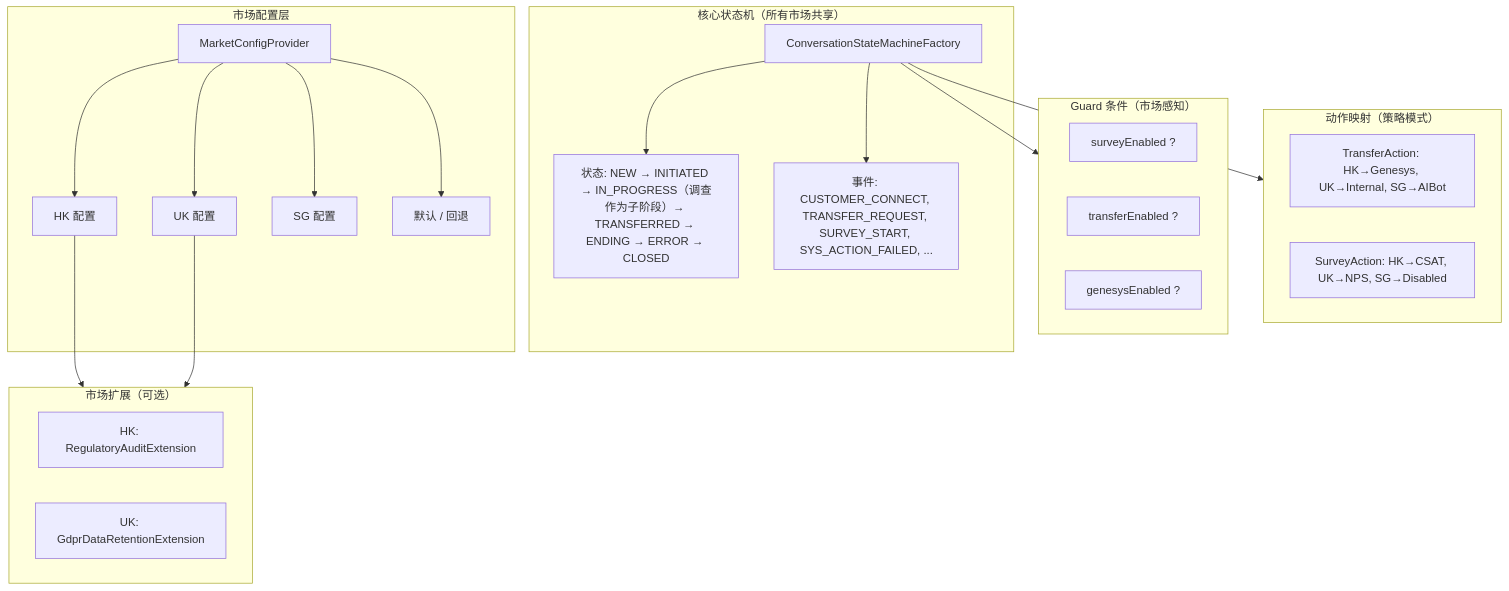
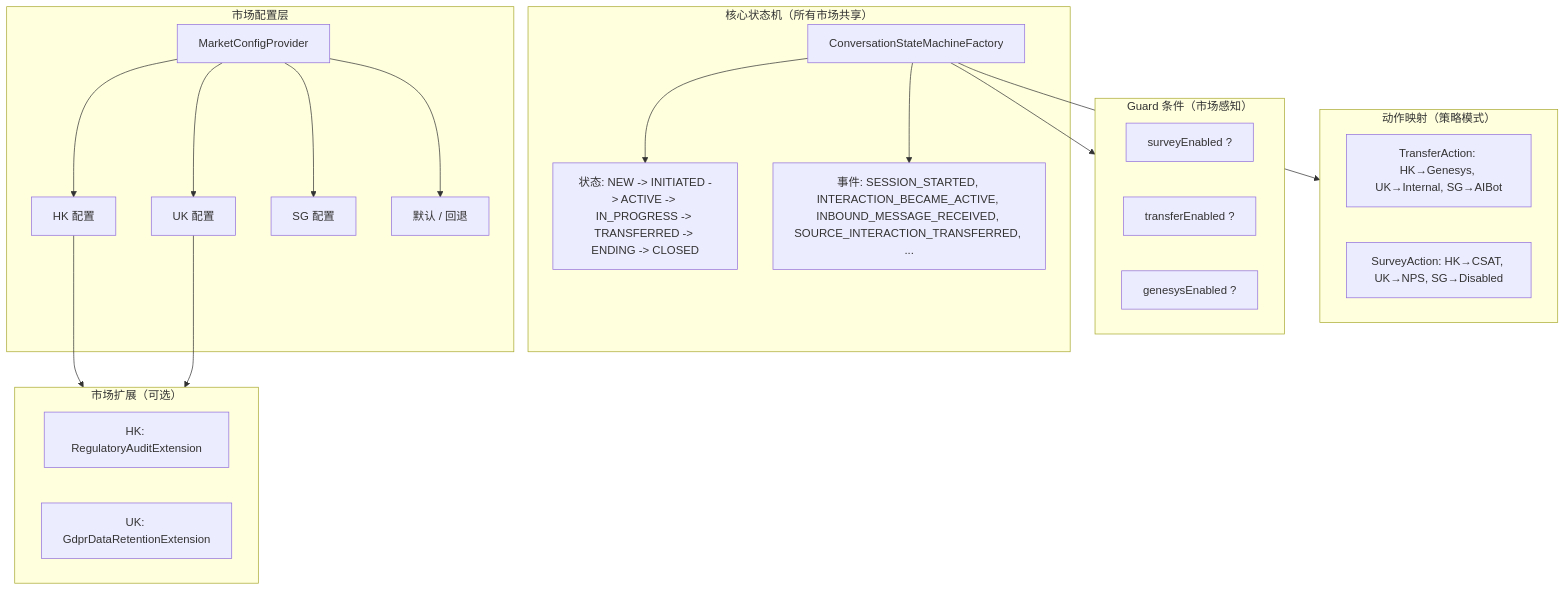
One commit to huangzhiqiu/ai-knowledge-design changed the diagram in 08-Code/state-machine/docs/zh/06-Multi-Market-Design.md. Above: the diagram before and after it, drawn with Mermaid. The commit also changed other lines of this file and 2 other files, not shown here.

````diff
--- a/08-Code/state-machine/docs/zh/06-Multi-Market-Design.md
+++ b/08-Code/state-machine/docs/zh/06-Multi-Market-Design.md
@@ -93,43 +93,43 @@
 ```mermaid
 flowchart TB
     subgraph Core["核心状态机（所有市场共享）"]
         SM[ConversationStateMachineFactory]
-        STATES[状态: NEW → INITIATED → IN_PROGRESS（调查作为子阶段）→ TRANSFERRED → ENDING → ERROR → CLOSED]
-        EVENTS[事件: CUSTOMER_CONNECT, TRANSFER_REQUEST, SURVEY_START, SYS_ACTION_FAILED, ...]
+        STATES[状态: NEW -&gt; INITIATED -&gt; ACTIVE -&gt; IN_PROGRESS -&gt; TRANSFERRED -&gt; ENDING -&gt; CLOSED]
+        EVENTS[事件: SESSION_STARTED, INTERACTION_BECAME_ACTIVE, INBOUND_MESSAGE_RECEIVED, SOURCE_INTERACTION_TRANSFERRED, ...]
     end
 
     subgraph Config["市场配置层"]
         PROVIDER[MarketConfigProvider]
         HK[HK 配置]
         UK[UK 配置]
         SG[SG 配置]
         DEFAULT[默认 / 回退]
     end
 
     subgraph Guards["Guard 条件（市场感知）"]
         G1[surveyEnabled ?]
         G2[transferEnabled ?]
         G3[genesysEnabled ?]
     end
 
     subgraph Actions["动作映射（策略模式）"]
         A1[TransferAction: HK→Genesys, UK→Internal, SG→AIBot]
         A2[SurveyAction: HK→CSAT, UK→NPS, SG→Disabled]
     end
 
     subgraph Extensions["市场扩展（可选）"]
         EXT_HK[HK: RegulatoryAuditExtension]
         EXT_UK[UK: GdprDataRetentionExtension]
     end
 
     SM --> STATES
     SM --> EVENTS
     PROVIDER --> HK
     PROVIDER --> UK
     PROVIDER --> SG
     PROVIDER --> DEFAULT
     SM --> Guards
     SM --> Actions
     HK --> Extensions
     UK --> Extensions
 ```
````
